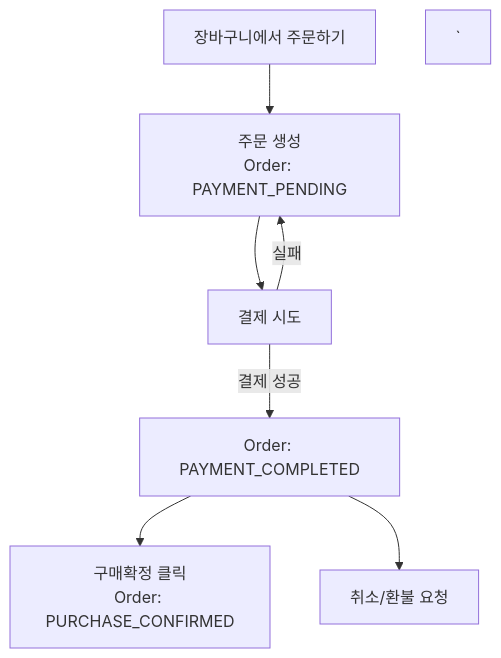
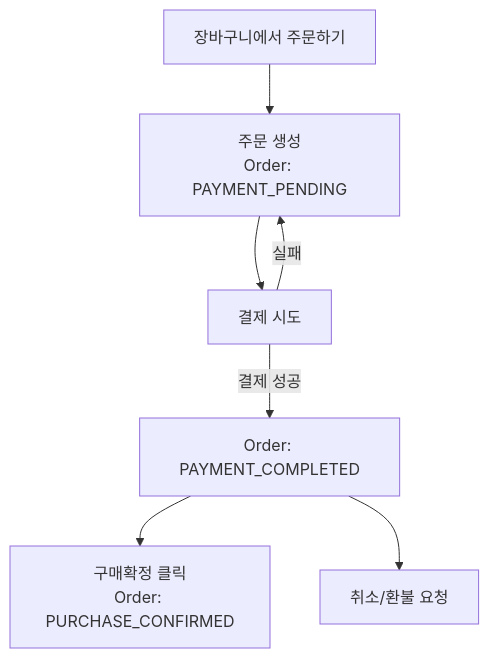
Diagram 13 of 15 in readme.md (prgrms-be-adv-devcourse/beadv1_1_ctrlz_BE), drawn with Mermaid before and after one commit. The commit also changed other lines of this file, not shown here.

Commit message:
docs: readme.md 플로우차트 가독성 개선 (#106)

````diff
--- a/readme.md
+++ b/readme.md
@@ -367,11 +366,10 @@
 ```mermaid
 flowchart TD
     A[장바구니에서 주문하기] --> B[주문 생성<br/>Order: PAYMENT_PENDING]
     B --> C[결제 시도]
     C -->|결제 성공| D[Order: PAYMENT_COMPLETED]
     C -->|실패| B
 
     D --> E[구매확정 클릭<br/>Order: PURCHASE_CONFIRMED]
     D --> F[취소/환불 요청]
-`
 ```
````
